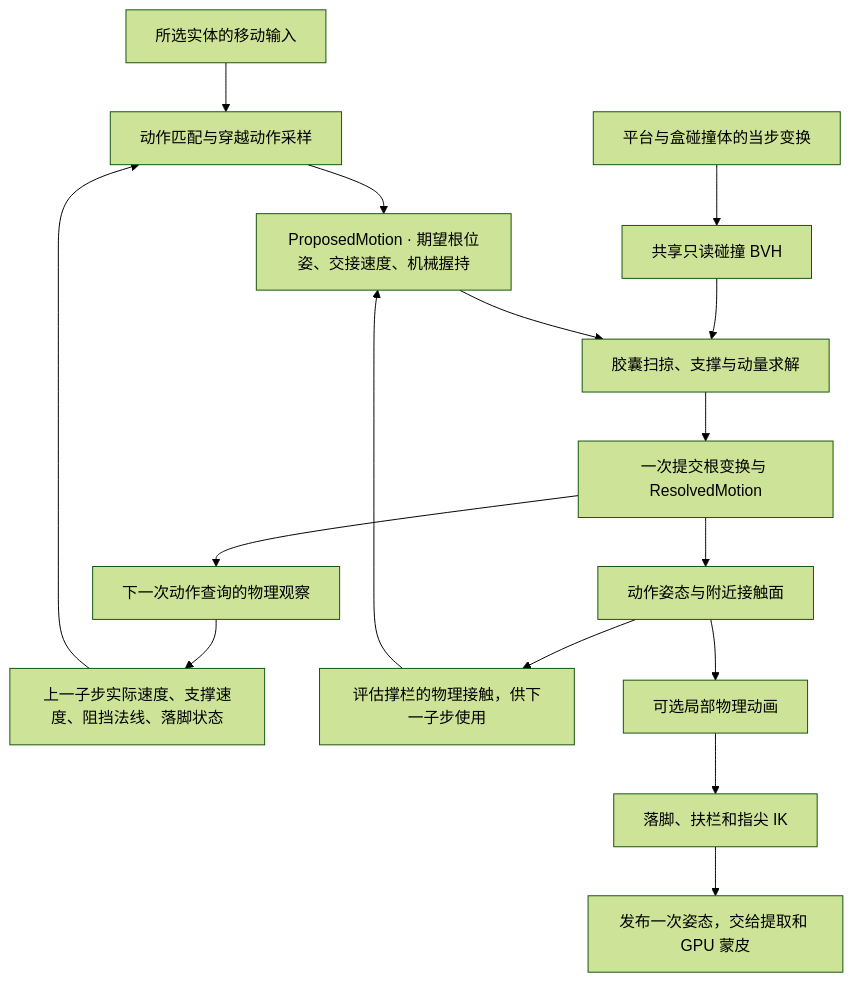
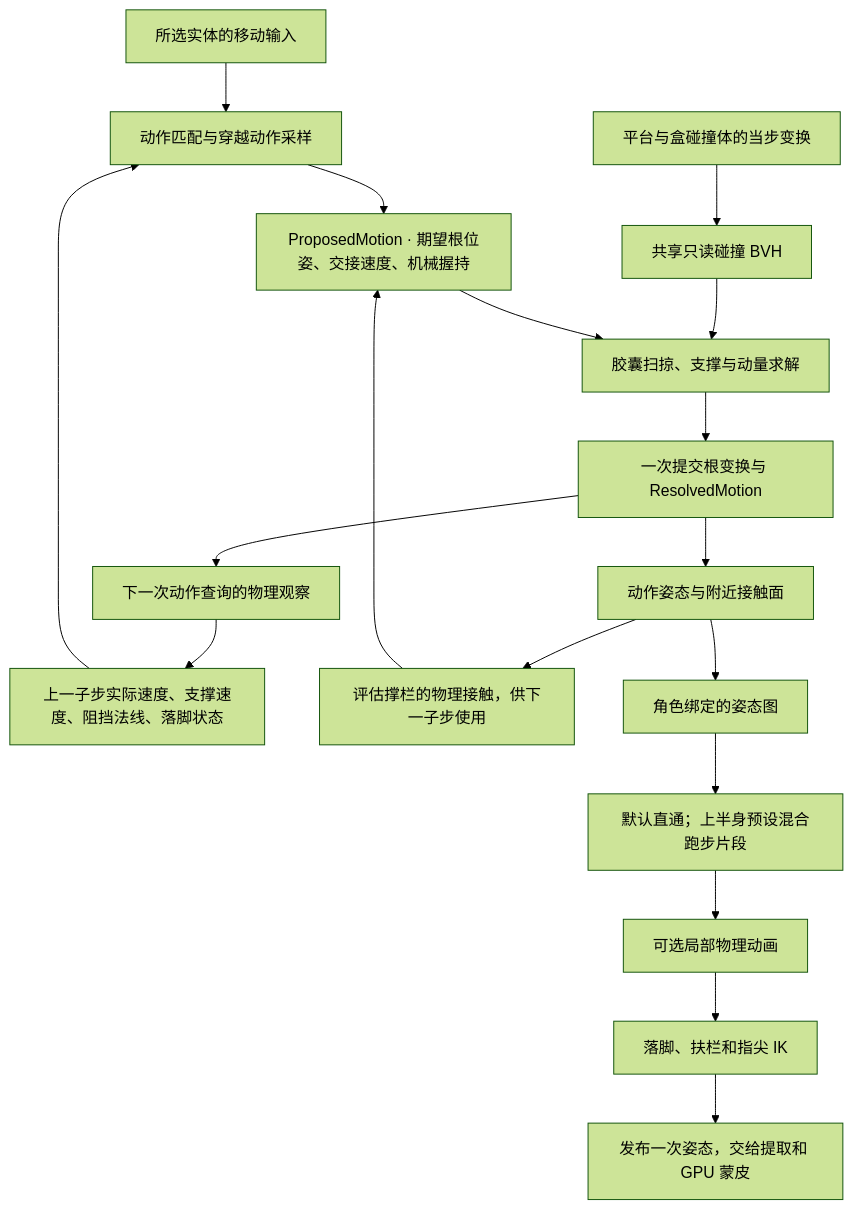
The diagram in docs/architecture/character-motion.md (re-define/render-lab), drawn with Mermaid (forest theme) before and after one commit. The commit also changed other lines of this file and 24 other files, not shown here.

Commit message:
Compile per-character animation pose graphs and blend masked clips

````diff
--- a/docs/architecture/character-motion.md
+++ b/docs/architecture/character-motion.md
@@ -5,18 +5,20 @@
 ```mermaid
 flowchart TD
     Input["所选实体的移动输入"] --> Prepare["动作匹配与穿越动作采样"]
     Last["上一子步实际速度、支撑速度、阻挡法线、落脚状态"] --> Prepare
     Prepare --> Proposed["ProposedMotion · 期望根位姿、交接速度、机械握持"]
     Platform["平台与盒碰撞体的当步变换"] --> Query["共享只读碰撞 BVH"]
     Query --> Solve["胶囊扫掠、支撑与动量求解"]
     Proposed --> Solve
     Solve --> Root["一次提交根变换与 ResolvedMotion"]
     Root --> Feedback["下一次动作查询的物理观察"]
     Feedback --> Last
     Root --> Pose["动作姿态与附近接触面"]
     Pose --> Grip["评估撑栏的物理接触，供下一子步使用"]
     Grip --> Proposed
-    Pose --> Limbs["可选局部物理动画"]
+    Pose --> Graph["角色绑定的姿态图"]
+    Graph --> Layer["默认直通；上半身预设混合跑步片段"]
+    Layer --> Limbs["可选局部物理动画"]
     Limbs --> IK["落脚、扶栏和指尖 IK"]
     IK --> Skin["发布一次姿态，交给提取和 GPU 蒙皮"]
 ```
````
